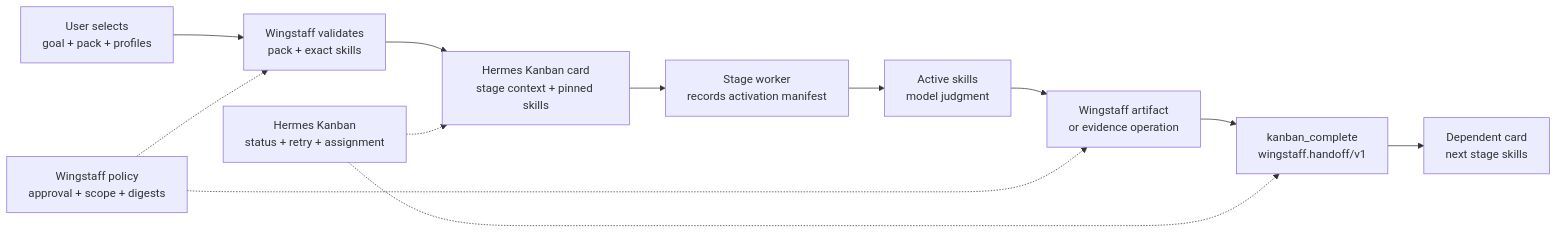
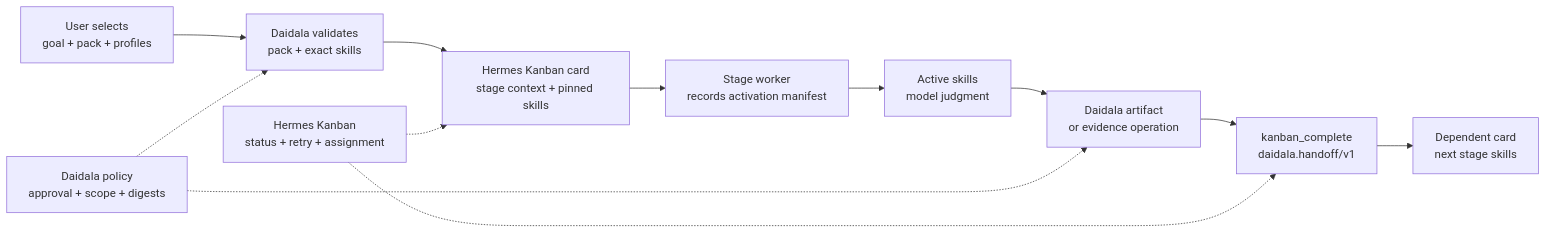
The diagram in docs/11-skill-usage-and-user-control.md (forgegod/daidala), drawn with Mermaid before and after one commit. The commit also changed other lines of this file and 28 other files, not shown here.

First line of the commit message:
docs: complete Daidala documentation cutover

````diff
--- a/docs/11-skill-usage-and-user-control.md
+++ b/docs/11-skill-usage-and-user-control.md
@@ -21,15 +21,15 @@
 ```mermaid
 flowchart LR
-    U["User selects<br>goal + pack + profiles"] --> W["Wingstaff validates<br>pack + exact skills"]
+    U["User selects<br>goal + pack + profiles"] --> W["Daidala validates<br>pack + exact skills"]
     W --> C["Hermes Kanban card<br>stage context + pinned skills"]
     C --> A["Stage worker<br>records activation manifest"]
     A --> J["Active skills<br>model judgment"]
-    J --> E["Wingstaff artifact<br>or evidence operation"]
-    E --> H["kanban_complete<br>wingstaff.handoff/v1"]
+    J --> E["Daidala artifact<br>or evidence operation"]
+    E --> H["kanban_complete<br>daidala.handoff/v1"]
     H --> N["Dependent card<br>next stage skills"]
 
-    P["Wingstaff policy<br>approval + scope + digests"] -.-> W
+    P["Daidala policy<br>approval + scope + digests"] -.-> W
     P -.-> E
     K["Hermes Kanban<br>status + retry + assignment"] -.-> C
     K -.-> H
 ```
````
